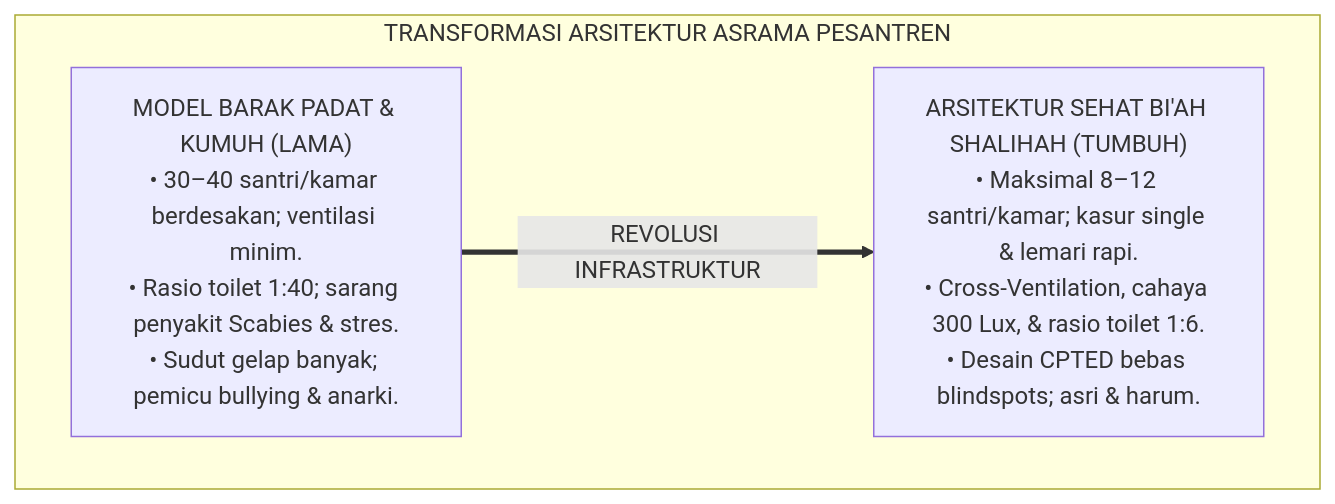
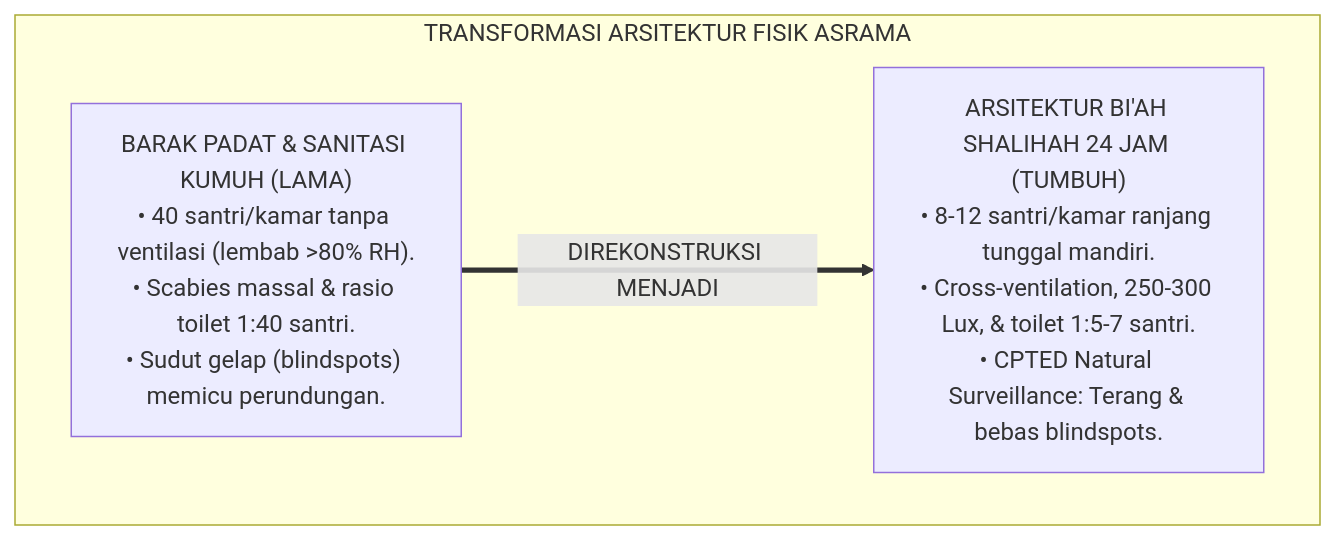
One commit to wandiapriliyandi/tumbuh changed the first of 3 diagrams in 02 Principles/02 Design Principles/P2-02-02-Prinsip-Desain-Arsitektur-Asrama-24-Jam.md. Above: the diagram before and after it, drawn with Mermaid. The commit also changed other lines of this file and 7 other files, not shown here.

````diff
--- a/02 Principles/02 Design Principles/P2-02-02-Prinsip-Desain-Arsitektur-Asrama-24-Jam.md
+++ b/02 Principles/02 Design Principles/P2-02-02-Prinsip-Desain-Arsitektur-Asrama-24-Jam.md
@@ -64,10 +56,10 @@
 ```mermaid
 flowchart TD
-    subgraph TransformasiArsitekturAsrama["TRANSFORMASI ARSITEKTUR ASRAMA PESANTREN"]
-        BarakKumuh["MODEL BARAK PADAT & KUMUH (LAMA)<br/>• 30–40 santri/kamar berdesakan; ventilasi minim.<br/>• Rasio toilet 1:40; sarang penyakit Scabies & stres.<br/>• Sudut gelap banyak; pemicu bullying & anarki."]
+    subgraph TransformasiArsitekturAsrama["TRANSFORMASI ARSITEKTUR FISIK ASRAMA"]
+        PolaBarakLama["BARAK PADAT & SANITASI KUMUH (LAMA)<br/>• 40 santri/kamar tanpa ventilasi (lembab >80% RH).<br/>• Scabies massal & rasio toilet 1:40 santri.<br/>• Sudut gelap (blindspots) memicu perundungan."]
         
-        AsramaTUMBUH["ARSITEKTUR SEHAT BI'AH SHALIHAH (TUMBUH)<br/>• Maksimal 8–12 santri/kamar; kasur single & lemari rapi.<br/>• Cross-Ventilation, cahaya 300 Lux, & rasio toilet 1:6.<br/>• Desain CPTED bebas blindspots; asri & harum."]
+        PolaCPTEDTUMBUH["ARSITEKTUR BI'AH SHALIHAH 24 JAM (TUMBUH)<br/>• 8-12 santri/kamar ranjang tunggal mandiri.<br/>• Cross-ventilation, 250-300 Lux, & toilet 1:5-7 santri.<br/>• CPTED Natural Surveillance: Terang & bebas blindspots."]
         
-        BarakKumuh ==>|REVOLUSI INFRASTRUKTUR| AsramaTUMBUH
+        PolaBarakLama ==>|DIREKONSTRUKSI MENJADI| PolaCPTEDTUMBUH
     end
 ```
````
